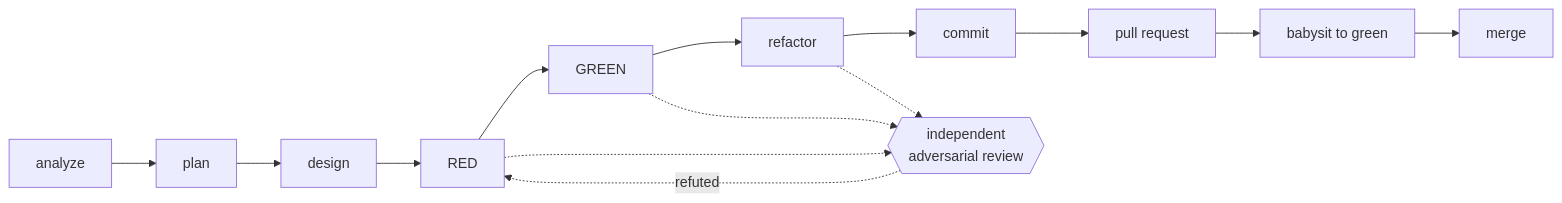
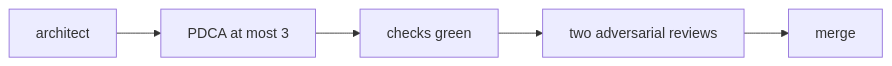
Before and after one commit to ShaftHQ/SHAFT_ENGINE: the fourth of 4 diagrams in .agents/skills/README.md, drawn with Mermaid. The commit also changed other lines of this file and 2 other files, not shown here.

````diff
--- a/.agents/skills/README.md
+++ b/.agents/skills/README.md
@@ -103,8 +103,4 @@
 ```mermaid
 flowchart LR
-    AN[analyze] --> PL[plan] --> DE[design] --> RD[RED] --> GR[GREEN] --> RF[refactor] --> CM[commit] --> PR[pull request] --> BG[babysit to green] --> MG[merge]
-    RD -.-> RV{{independent<br/>adversarial review}}
-    GR -.-> RV
-    RF -.-> RV
-    RV -.->|refuted| RD
+    AR[architect] --> PD[PDCA at most 3] --> CK[checks green] --> RV[two adversarial reviews] --> MG[merge]
 ```
````
